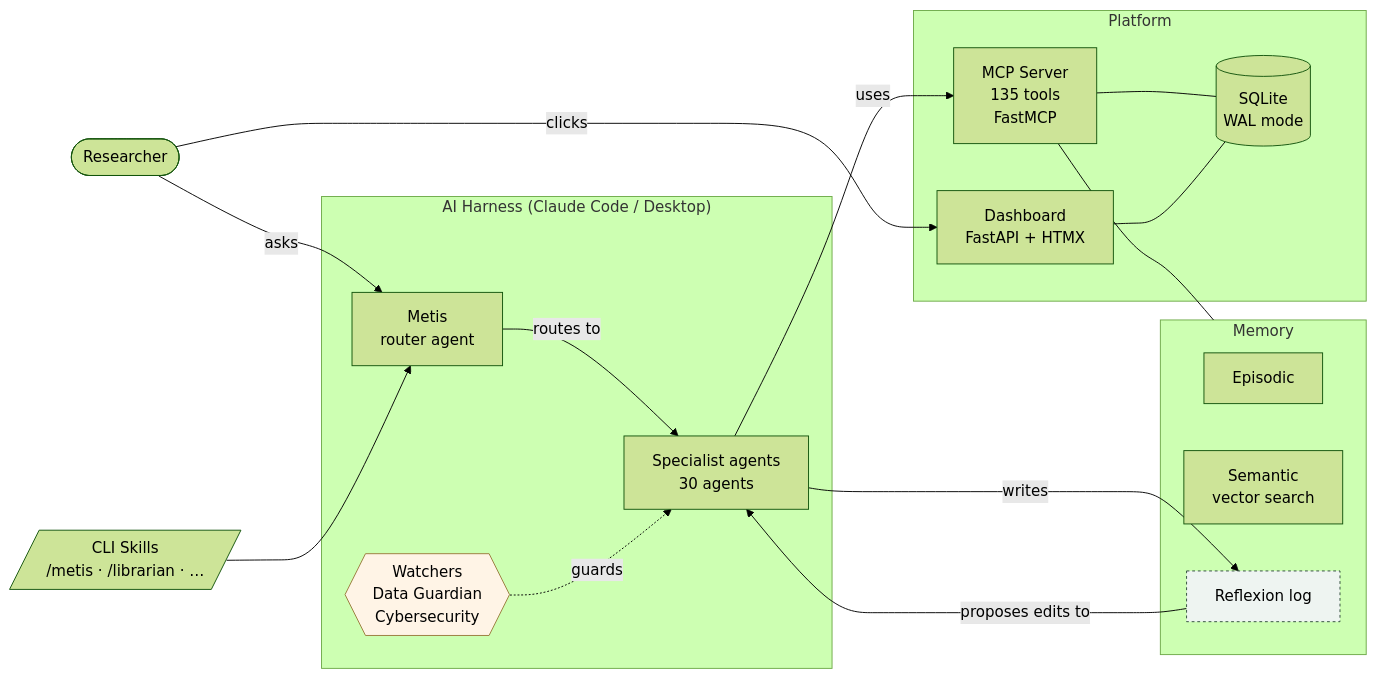
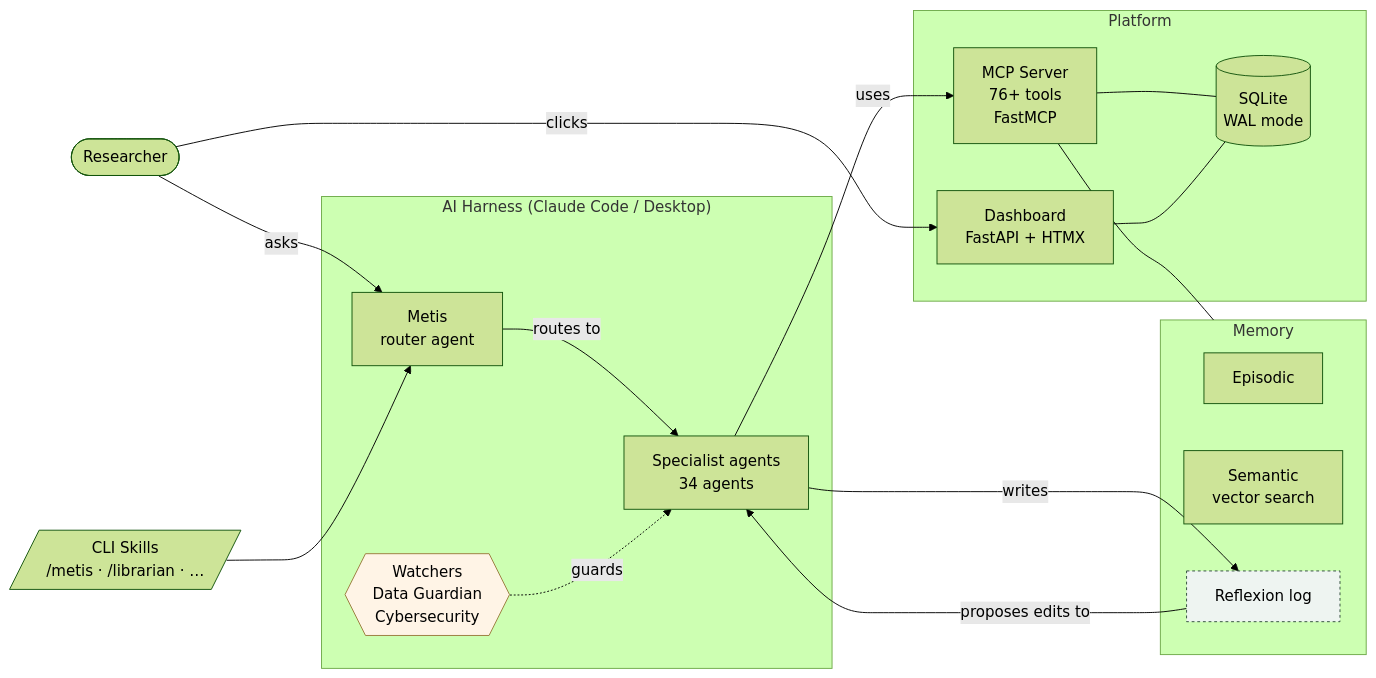
One commit to SVerITG/Metis changed the diagram in README.md. Above: the diagram before and after it, drawn with Mermaid (forest theme). The commit also changed other lines of this file and 17 other files, not shown here.

````diff
--- a/README.md
+++ b/README.md
@@ -468,35 +468,35 @@
 ```mermaid
 flowchart LR
     U([Researcher])
     subgraph Harness["AI Harness (Claude Code / Desktop)"]
         METIS[Metis\nrouter agent]
-        AGENTS[Specialist agents\n30 agents]
+        AGENTS[Specialist agents\n34 agents]
         WATCHERS{{Watchers\nData Guardian\nCybersecurity}}
     end
     subgraph Platform
-        MCP[MCP Server\n135 tools\nFastMCP]
+        MCP[MCP Server\n76+ tools\nFastMCP]
         DASH[Dashboard\nFastAPI + HTMX]
         DB[(SQLite\nWAL mode)]
     end
     subgraph Memory
         EPIS[Episodic]
         SEM[Semantic\nvector search]
         REFLEX[Reflexion log]
     end
     Skills[/CLI Skills\n/metis · /librarian · …/]
 
     U -->|asks| METIS
     U -->|clicks| DASH
     METIS -->|routes to| AGENTS
     AGENTS -->|uses| MCP
     MCP --- DB
     DASH --- DB
     WATCHERS -.guards.-> AGENTS
     AGENTS -->|writes| REFLEX
     REFLEX -->|proposes edits to| AGENTS
     MCP --- Memory
     Skills --> METIS
 
     style WATCHERS fill:#fff4e6,stroke:#9a7b3c
     style REFLEX fill:#eef4f1,stroke:#2d4a3a,stroke-dasharray:3 3
 ```
````
